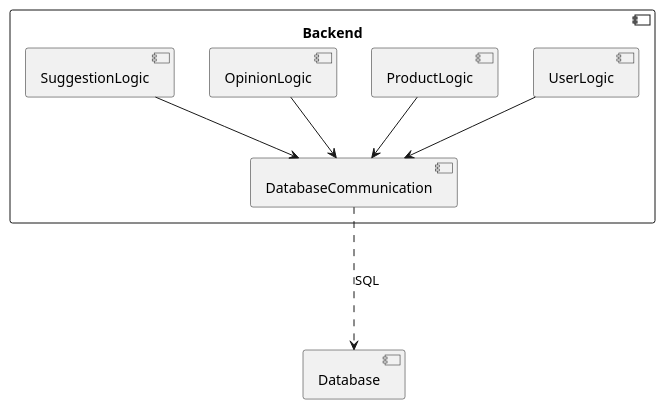
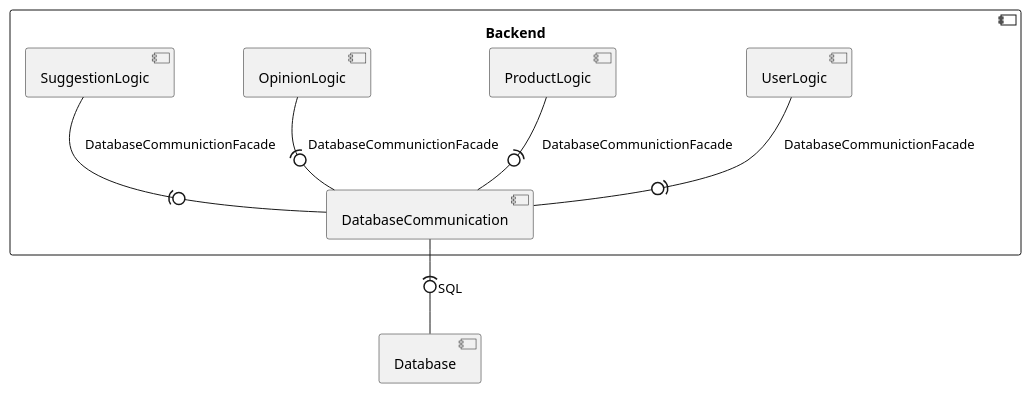
The first of 10 diagrams in backend/BackendLogic.md (RadekBucki/OpinionCollectorArchitecture), drawn with PlantUML before and after one commit. The commit also changed other lines of this file and 7 other files, not shown here.

````diff
--- a/backend/BackendLogic.md
+++ b/backend/BackendLogic.md
@@ -3,27 +3,27 @@
 ```plantuml
 @startuml
 component Backend {
     component UserLogic {
     }
     component ProductLogic {
     }
     component OpinionLogic {
     }
     component SuggestionLogic {
     }
     
     component DatabaseCommunication {
     }
 }
 
 component Database {
 }
 
-DatabaseCommunication ...> Database: SQL
+DatabaseCommunication -(0-  Database : SQL
 
-UserLogic             -->  DatabaseCommunication
-ProductLogic          -->  DatabaseCommunication
-OpinionLogic          -->  DatabaseCommunication
-SuggestionLogic       -->  DatabaseCommunication
+UserLogic             -(0-  DatabaseCommunication : DatabaseCommunictionFacade
+ProductLogic          -(0-  DatabaseCommunication : DatabaseCommunictionFacade
+OpinionLogic          -(0-  DatabaseCommunication : DatabaseCommunictionFacade
+SuggestionLogic       -(0-  DatabaseCommunication : DatabaseCommunictionFacade
 @enduml 
 ```
````
